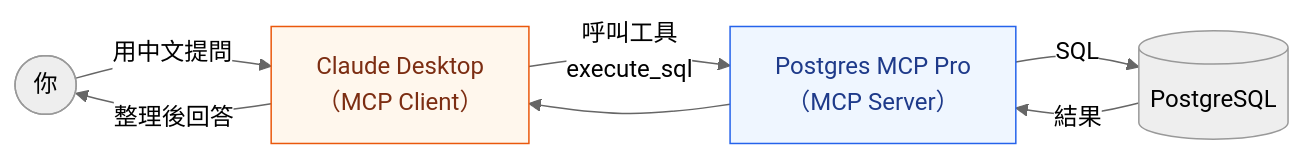
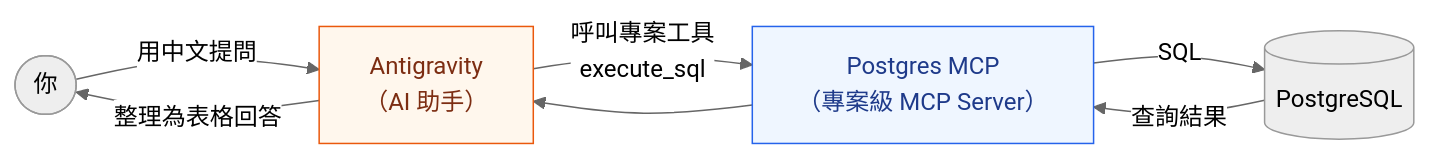
One commit to roberthsu2003/postgreSQL_MCP changed the first of 2 diagrams in MCP操作資料庫/README.md. Above: the diagram before and after it, drawn with Mermaid (neutral theme). The commit also changed other lines of this file and 28 other files, not shown here.

Commit message:
docs: add documentation for Raspberry Pi Docker setup, Supabase, and MCP configuration along with SQL course updates

````diff
--- a/MCP操作資料庫/README.md
+++ b/MCP操作資料庫/README.md
@@ -14,12 +14,12 @@
 ```mermaid
 flowchart LR
-    U(["你"]) -->|"用中文提問"| AI["Claude Desktop<br/>（MCP Client）"]
-    AI -->|"呼叫工具<br/>execute_sql"| MCP["Postgres MCP Pro<br/>（MCP Server）"]
+    U(["你"]) -->|"用中文提問"| AI["Antigravity<br/>（AI 助手）"]
+    AI -->|"呼叫專案工具<br/>execute_sql"| MCP["Postgres MCP<br/>（專案級 MCP Server）"]
     MCP -->|"SQL"| DB[("PostgreSQL")]
-    DB -->|"結果"| MCP --> AI -->|"整理後回答"| U
+    DB -->|"查詢結果"| MCP --> AI -->|"整理為表格回答"| U
 
     classDef ai fill:#fff7ed,stroke:#ea580c,color:#7c2d12
     classDef mcp fill:#eff6ff,stroke:#2563eb,color:#1e3a8a
     class AI ai
     class MCP mcp
 ```
````
